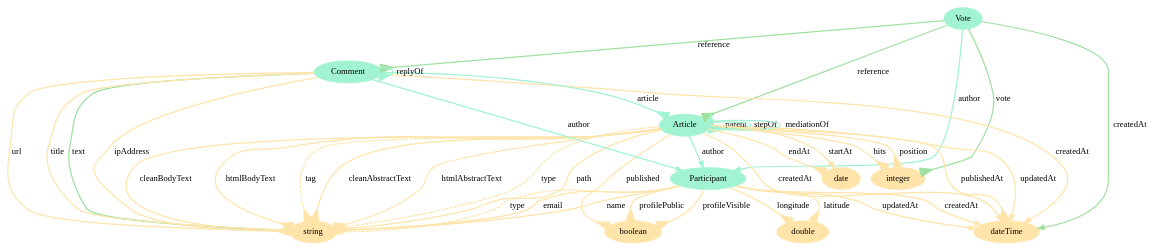
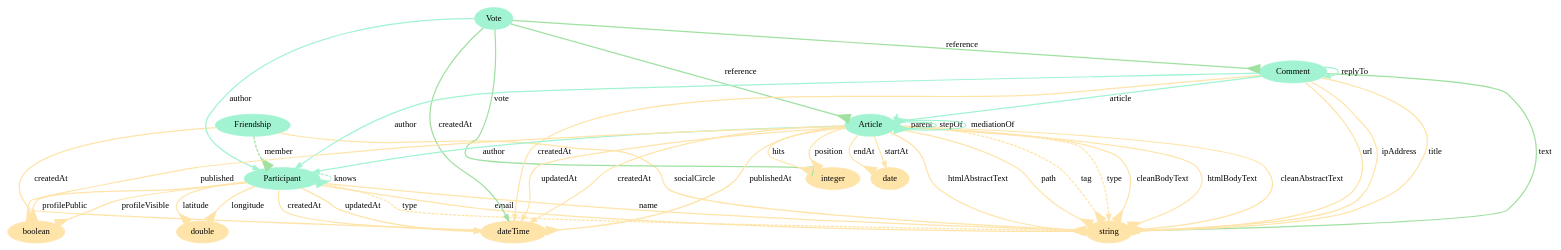
Before and after one commit to ttm/linkedOpenSocialData: the diagram in ontologies/participabr.ttl/draw.dot, drawn with Graphviz. The commit also changed 15 other files, not shown here.

```diff
--- a/ontologies/participabr.ttl/draw.dot
+++ b/ontologies/participabr.ttl/draw.dot
@@ -1,231 +1,73 @@
 digraph  {
 	node [label="\N"];
-	Vote	 [color="#A2F3D1",
+	Friendship	 [color="#A2F3D1",
 		style=filled];
 	1	 [color="#FFE4AA",
-		label=integer,
+		label=dateTime,
 		style=filled];
-	Vote -> 1 [key="Vote-1-1",
-	arrowhead=inv,
-	arrowsize=2.0,
-	color="#A0E0A0",
-	label=vote,
+	Friendship -> 1 [key="Friendship-1-1",
+	color="#FFE4AA",
+	label=createdAt,
 	penwidth=2];
 2 [color="#FFE4AA",
-	label=dateTime,
+	label=string,
 	style=filled];
-Vote -> 2 [key="Vote-2-2",
-color="#A0E0A0",
-label=createdAt,
-penwidth=2];
-Article [color="#A2F3D1",
-label=Article,
-style=filled];
-Vote -> Article [key="Vote-Article-3",
+Friendship -> 2 [key="Friendship-2-2",
 arrowhead=inv,
 arrowsize=2.0,
-color="#A0E0A0",
-label=reference,
-penwidth=2];
-Comment [color="#A2F3D1",
-label=Comment,
-style=filled];
-Vote -> Comment [key="Vote-Comment-4",
-arrowhead=inv,
-arrowsize=2.0,
-color="#A0E0A0",
-label=reference,
+color="#FFE4AA",
+label=socialCircle,
 penwidth=2];
 Participant [color="#A2F3D1",
 label=Participant,
 style=filled];
-Vote -> Participant [key="Vote-Participant-5",
-color="#A2F3D1",
-label=author,
-penwidth=2];
-Article -> 1 [key="Article-1-8",
+Friendship -> Participant [key="Friendship-Participant-3",
 arrowhead=inv,
 arrowsize=2.0,
-color="#FFE4AA",
-label=hits,
-penwidth=2];
-Article -> 1 [key="Article-1-18",
-arrowhead=inv,
-arrowsize=2.0,
-color="#FFE4AA",
-label=position,
-penwidth=2];
-Article -> 2 [key="Article-2-6",
+color="#A0E0A0",
+label=member,
+penwidth=2,
+style=dashed];
+Participant -> 1 [key="Participant-1-36",
 color="#FFE4AA",
 label=createdAt,
 penwidth=2];
-Article -> 2 [key="Article-2-11",
-arrowhead=inv,
-arrowsize=2.0,
-color="#FFE4AA",
-label=publishedAt,
-penwidth=2];
-Article -> 2 [key="Article-2-20",
+Participant -> 1 [key="Participant-1-42",
 color="#FFE4AA",
 label=updatedAt,
 penwidth=2];
-Article -> Article [key="Article-Article-21",
-arrowhead=inv,
-arrowsize=2.0,
-color="#A2F3D1",
-label=parent,
+Participant -> 2 [key="Participant-2-37",
+color="#FFE4AA",
+label=name,
 penwidth=2];
-Article -> Article [key="Article-Article-22",
-arrowhead=inv,
-arrowsize=2.0,
-color="#A2F3D1",
-label=stepOf,
-penwidth=2];
-Article -> Article [key="Article-Article-24",
-arrowhead=inv,
-arrowsize=2.0,
-color="#A2F3D1",
-label=mediationOf,
-penwidth=2];
-Article -> Participant [key="Article-Participant-23",
-color="#A2F3D1",
-label=author,
-penwidth=2];
-3 [color="#FFE4AA",
-label=string,
-style=filled];
-Article -> 3 [key="Article-3-7",
+Participant -> 2 [key="Participant-2-38",
 color="#FFE4AA",
 label=type,
 penwidth=2,
 style=dashed];
-Article -> 3 [key="Article-3-9",
-arrowhead=inv,
-arrowsize=2.0,
-color="#FFE4AA",
-label=path,
-penwidth=2];
-Article -> 3 [key="Article-3-12",
-arrowhead=inv,
-arrowsize=2.0,
-color="#FFE4AA",
-label=cleanBodyText,
-penwidth=2];
-Article -> 3 [key="Article-3-13",
-arrowhead=inv,
-arrowsize=2.0,
-color="#FFE4AA",
-label=htmlBodyText,
-penwidth=2];
-Article -> 3 [key="Article-3-14",
-arrowhead=inv,
-arrowsize=2.0,
-color="#FFE4AA",
-label=tag,
-penwidth=2,
-style=dashed];
-Article -> 3 [key="Article-3-15",
-arrowhead=inv,
-arrowsize=2.0,
-color="#FFE4AA",
-label=cleanAbstractText,
-penwidth=2];
-Article -> 3 [key="Article-3-16",
-arrowhead=inv,
-arrowsize=2.0,
-color="#FFE4AA",
-label=htmlAbstractText,
-penwidth=2];
-4 [color="#FFE4AA",
-label=boolean,
-style=filled];
-Article -> 4 [key="Article-4-10",
-arrowhead=inv,
-arrowsize=2.0,
-color="#FFE4AA",
-label=published,
-penwidth=2];
-5 [color="#FFE4AA",
-label=date,
-style=filled];
-Article -> 5 [key="Article-5-17",
-arrowhead=inv,
-arrowsize=2.0,
-color="#FFE4AA",
-label=endAt,
-penwidth=2];
-Article -> 5 [key="Article-5-19",
-color="#FFE4AA",
-label=startAt,
-penwidth=2];
-Comment -> 2 [key="Comment-2-25",
-color="#FFE4AA",
-label=createdAt,
-penwidth=2];
-Comment -> Article [key="Comment-Article-30",
-arrowhead=inv,
-arrowsize=2.0,
-color="#A2F3D1",
-label=article,
-penwidth=2];
-Comment -> Comment [key="Comment-Comment-31",
-arrowhead=inv,
-arrowsize=2.0,
-color="#A2F3D1",
-label=replyOf,
-penwidth=2];
-Comment -> Participant [key="Comment-Participant-32",
-color="#A2F3D1",
-label=author,
-penwidth=2];
-Comment -> 3 [key="Comment-3-26",
-color="#A0E0A0",
-label=text,
-penwidth=2];
-Comment -> 3 [key="Comment-3-27",
-color="#FFE4AA",
-label=url,
-penwidth=2];
-Comment -> 3 [key="Comment-3-28",
-arrowhead=inv,
-arrowsize=2.0,
-color="#FFE4AA",
-label=ipAddress,
-penwidth=2];
-Comment -> 3 [key="Comment-3-29",
-color="#FFE4AA",
-label=title,
-penwidth=2];
-Participant -> 2 [key="Participant-2-33",
-color="#FFE4AA",
-label=createdAt,
-penwidth=2];
 Participant -> 2 [key="Participant-2-39",
-color="#FFE4AA",
-label=updatedAt,
-penwidth=2];
-Participant -> 3 [key="Participant-3-34",
-color="#FFE4AA",
-label=name,
-penwidth=2];
-Participant -> 3 [key="Participant-3-35",
-color="#FFE4AA",
-label=type,
-penwidth=2,
-style=dashed];
-Participant -> 3 [key="Participant-3-36",
 arrowhead=inv,
 arrowsize=2.0,
 color="#FFE4AA",
 label=email,
 penwidth=2];
-Participant -> 4 [key="Participant-4-37",
+Participant -> Participant [key="Participant-Participant-45",
+arrowhead=inv,
+arrowsize=2.0,
+color="#A2F3D1",
+label=knows,
+penwidth=2,
+style=dashed];
+5 [color="#FFE4AA",
+label=boolean,
+style=filled];
+Participant -> 5 [key="Participant-5-40",
 arrowhead=inv,
 arrowsize=2.0,
 color="#FFE4AA",
 label=profilePublic,
 penwidth=2];
-Participant -> 4 [key="Participant-4-38",
+Participant -> 5 [key="Participant-5-41",
 arrowhead=inv,
 arrowsize=2.0,
 color="#FFE4AA",
@@ -234,16 +76,198 @@
 6 [color="#FFE4AA",
 label=double,
 style=filled];
-Participant -> 6 [key="Participant-6-40",
+Participant -> 6 [key="Participant-6-43",
 arrowhead=inv,
 arrowsize=2.0,
 color="#FFE4AA",
 label=latitude,
 penwidth=2];
-Participant -> 6 [key="Participant-6-41",
+Participant -> 6 [key="Participant-6-44",
 arrowhead=inv,
 arrowsize=2.0,
 color="#FFE4AA",
 label=longitude,
 penwidth=2];
+Vote [color="#A2F3D1",
+style=filled];
+Vote -> 1 [key="Vote-1-5",
+color="#A0E0A0",
+label=createdAt,
+penwidth=2];
+Vote -> Participant [key="Vote-Participant-7",
+color="#A2F3D1",
+label=author,
+penwidth=2];
+3 [color="#FFE4AA",
+label=integer,
+style=filled];
+Vote -> 3 [key="Vote-3-4",
+arrowhead=inv,
+arrowsize=2.0,
+color="#A0E0A0",
+label=vote,
+penwidth=2];
+Comment [color="#A2F3D1",
+label=Comment,
+style=filled];
+Vote -> Comment [key="Vote-Comment-6",
+arrowhead=inv,
+arrowsize=2.0,
+color="#A0E0A0",
+label=reference,
+penwidth=2];
+Article [color="#A2F3D1",
+label=Article,
+style=filled];
+Vote -> Article [key="Vote-Article-8",
+arrowhead=inv,
+arrowsize=2.0,
+color="#A0E0A0",
+label=reference,
+penwidth=2];
+Comment -> 1 [key="Comment-1-28",
+color="#FFE4AA",
+label=createdAt,
+penwidth=2];
+Comment -> 2 [key="Comment-2-29",
+color="#A0E0A0",
+label=text,
+penwidth=2];
+Comment -> 2 [key="Comment-2-30",
+color="#FFE4AA",
+label=url,
+penwidth=2];
+Comment -> 2 [key="Comment-2-31",
+arrowhead=inv,
+arrowsize=2.0,
+color="#FFE4AA",
+label=ipAddress,
+penwidth=2];
+Comment -> 2 [key="Comment-2-32",
+color="#FFE4AA",
+label=title,
+penwidth=2];
+Comment -> Participant [key="Comment-Participant-35",
+color="#A2F3D1",
+label=author,
+penwidth=2];
+Comment -> Comment [key="Comment-Comment-34",
+color="#A2F3D1",
+label=replyTo,
+penwidth=2];
+Comment -> Article [key="Comment-Article-33",
+arrowhead=inv,
+arrowsize=2.0,
+color="#A2F3D1",
+label=article,
+penwidth=2];
+Article -> 1 [key="Article-1-9",
+color="#FFE4AA",
+label=createdAt,
+penwidth=2];
+Article -> 1 [key="Article-1-19",
+arrowhead=inv,
+arrowsize=2.0,
+color="#FFE4AA",
+label=publishedAt,
+penwidth=2];
+Article -> 1 [key="Article-1-20",
+color="#FFE4AA",
+label=updatedAt,
+penwidth=2];
+Article -> 2 [key="Article-2-10",
+color="#FFE4AA",
+label=type,
+penwidth=2,
+style=dashed];
+Article -> 2 [key="Article-2-12",
+arrowhead=inv,
+arrowsize=2.0,
+color="#FFE4AA",
+label=cleanBodyText,
+penwidth=2];
+Article -> 2 [key="Article-2-13",
+arrowhead=inv,
+arrowsize=2.0,
+color="#FFE4AA",
+label=htmlBodyText,
+penwidth=2];
+Article -> 2 [key="Article-2-14",
+arrowhead=inv,
+arrowsize=2.0,
+color="#FFE4AA",
+label=cleanAbstractText,
+penwidth=2];
+Article -> 2 [key="Article-2-15",
+arrowhead=inv,
+arrowsize=2.0,
+color="#FFE4AA",
+label=htmlAbstractText,
+penwidth=2];
+Article -> 2 [key="Article-2-17",
+arrowhead=inv,
+arrowsize=2.0,
+color="#FFE4AA",
+label=path,
+penwidth=2];
+Article -> 2 [key="Article-2-21",
+arrowhead=inv,
+arrowsize=2.0,
+color="#FFE4AA",
+label=tag,
+penwidth=2,
+style=dashed];
+Article -> Participant [key="Article-Participant-24",
+color="#A2F3D1",
+label=author,
+penwidth=2];
+Article -> 3 [key="Article-3-11",
+arrowhead=inv,
+arrowsize=2.0,
+color="#FFE4AA",
+label=hits,
+penwidth=2];
+Article -> 3 [key="Article-3-22",
+arrowhead=inv,
+arrowsize=2.0,
+color="#FFE4AA",
+label=position,
+penwidth=2];
+Article -> Article [key="Article-Article-25",
+arrowhead=inv,
+arrowsize=2.0,
+color="#A2F3D1",
+label=parent,
+penwidth=2];
+Article -> Article [key="Article-Article-26",
+arrowhead=inv,
+arrowsize=2.0,
+color="#A2F3D1",
+label=stepOf,
+penwidth=2];
+Article -> Article [key="Article-Article-27",
+arrowhead=inv,
+arrowsize=2.0,
+color="#A2F3D1",
+label=mediationOf,
+penwidth=2];
+4 [color="#FFE4AA",
+label=date,
+style=filled];
+Article -> 4 [key="Article-4-16",
+arrowhead=inv,
+arrowsize=2.0,
+color="#FFE4AA",
+label=endAt,
+penwidth=2];
+Article -> 4 [key="Article-4-23",
+color="#FFE4AA",
+label=startAt,
+penwidth=2];
+Article -> 5 [key="Article-5-18",
+arrowhead=inv,
+arrowsize=2.0,
+color="#FFE4AA",
+label=published,
+penwidth=2];
 }
```
